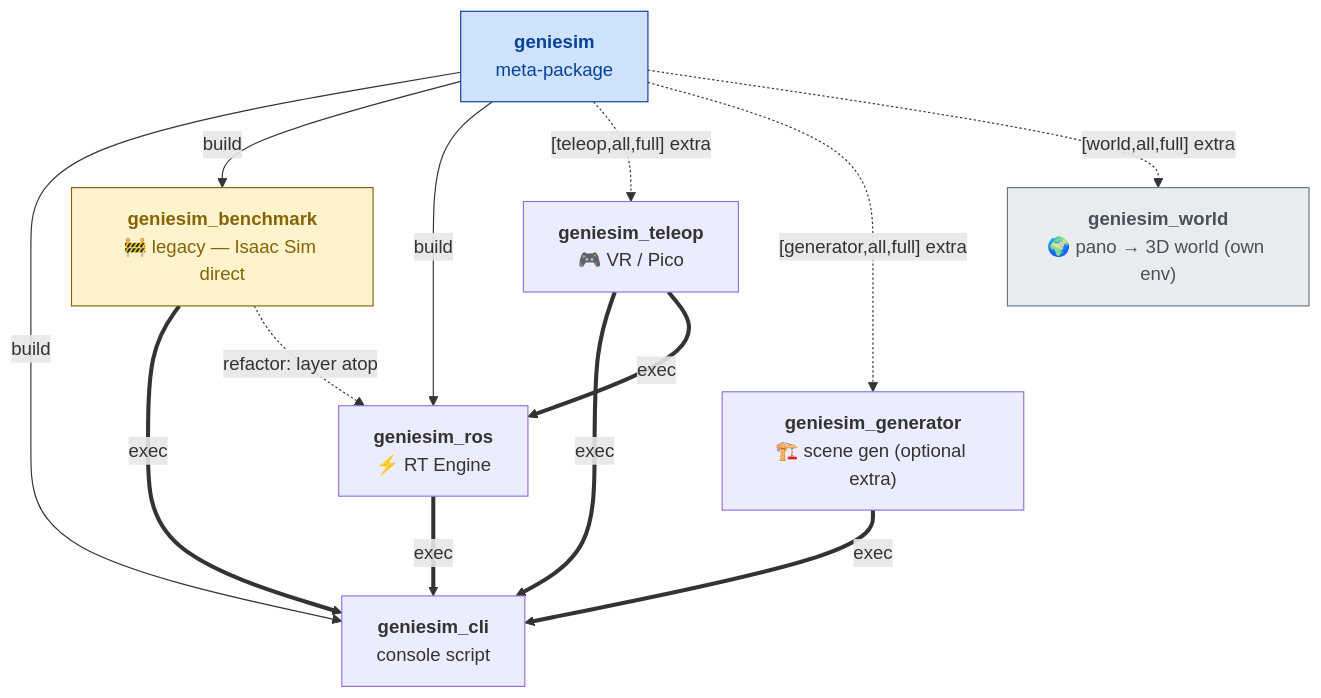
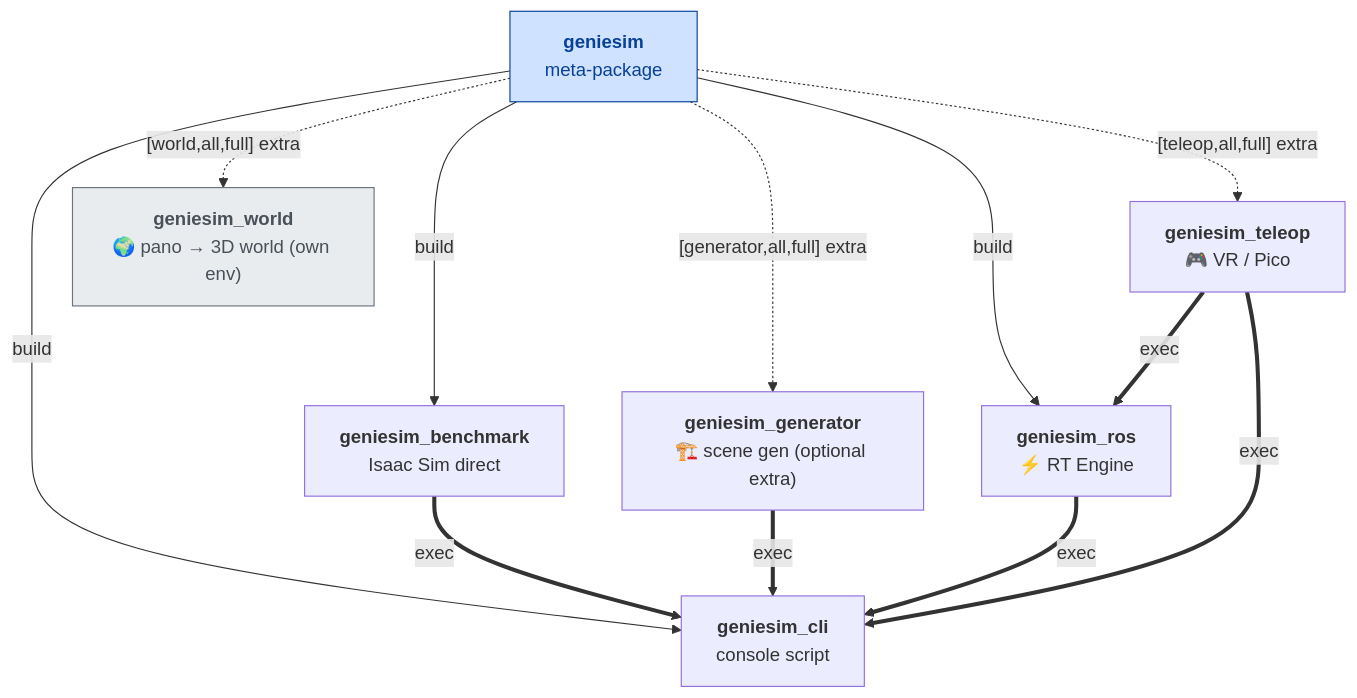
Before and after one commit to AgibotTech/genie_sim: the diagram in source/README.md, drawn with Mermaid. The commit also changed 18 other files, not shown here.

````diff
--- a/source/README.md
+++ b/source/README.md
@@ -68,37 +68,35 @@
 ```mermaid
 graph TD
   %% Auto-generated by `geniesim tool deps-dag --fix`.
   %% Edges: -->|build| build-system requires; ==>|exec| runtime deps;
-  %%        -.->|[X] extra| optional extras; -.->|refactor| planned.
+  %%        -.->|[X] extra| optional extras.
   %% Source: source/geniesim_*/pyproject.toml + _ANNOTATIONS in
   %% source/geniesim_cli/src/geniesim_cli/commands/tool.py.
 
   geniesim["<b>geniesim</b><br/>meta-package"]
   geniesim_cli["<b>geniesim_cli</b><br/>console script"]
-  geniesim_benchmark["<b>geniesim_benchmark</b><br/>🚧 legacy — Isaac Sim direct"]
+  geniesim_benchmark["<b>geniesim_benchmark</b><br/>Isaac Sim direct"]
   geniesim_generator["<b>geniesim_generator</b><br/>🏗️ scene gen (optional extra)"]
   geniesim_ros["<b>geniesim_ros</b><br/>⚡ RT Engine"]
   geniesim_teleop["<b>geniesim_teleop</b><br/>🎮 VR / Pico"]
   geniesim_world["<b>geniesim_world</b><br/>🌍 pano → 3D world (own env)"]
 
   geniesim -->|build| geniesim_cli
   geniesim -->|build| geniesim_benchmark
   geniesim -->|build| geniesim_ros
   geniesim_benchmark ==>|exec| geniesim_cli
   geniesim_generator ==>|exec| geniesim_cli
   geniesim_ros ==>|exec| geniesim_cli
   geniesim_teleop ==>|exec| geniesim_cli
   geniesim_teleop ==>|exec| geniesim_ros
   geniesim -."[teleop,all,full] extra".-> geniesim_teleop
   geniesim -."[generator,all,full] extra".-> geniesim_generator
   geniesim -."[world,all,full] extra".-> geniesim_world
-  geniesim_benchmark -.->|refactor: layer atop| geniesim_ros
 
   classDef legacy fill:#fff3cd,stroke:#856404,color:#856404
   classDef leaf fill:#e9ecef,stroke:#6c757d,color:#495057
   classDef placeholder fill:#f8d7da,stroke:#842029,color:#842029
   classDef umbrella fill:#cfe2ff,stroke:#084298,color:#084298
-  class geniesim_benchmark legacy
   class geniesim_world leaf
   class geniesim umbrella
 ```
````
